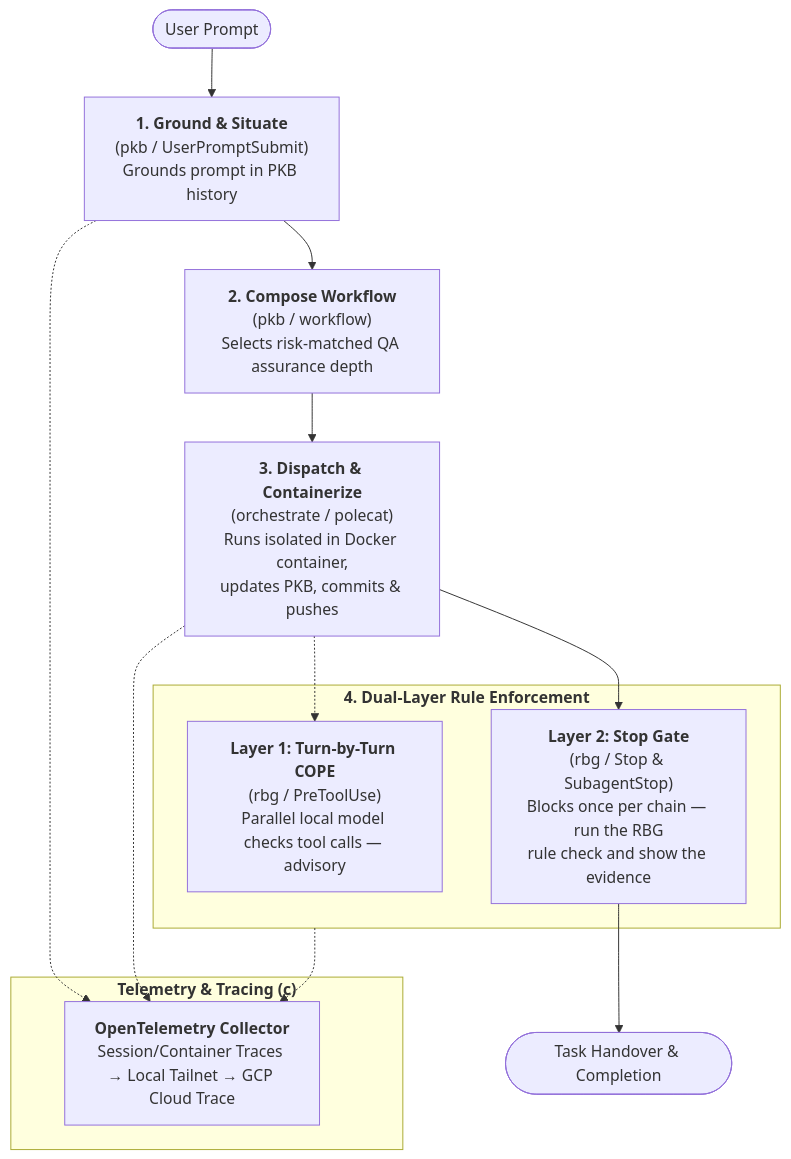
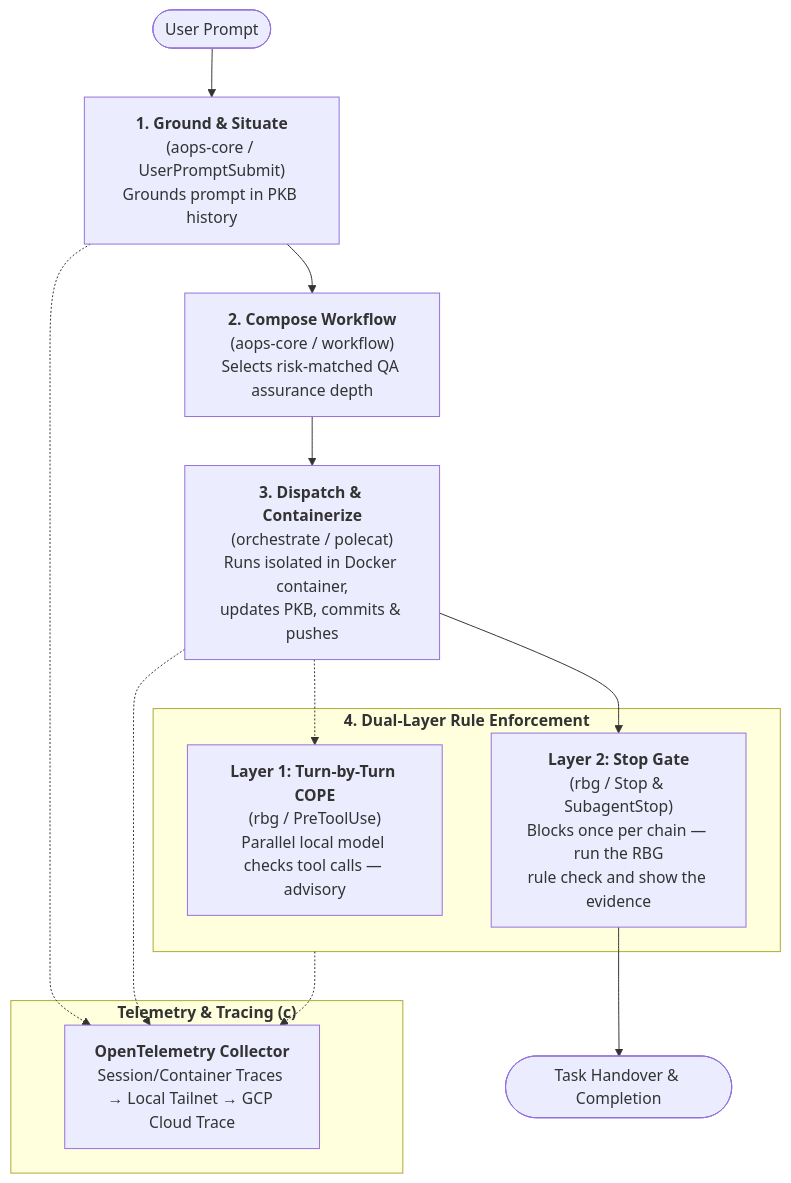
One commit to nicsuzor/academicOps changed the diagram in README.md. Above: the diagram before and after it, drawn with Mermaid. The commit also changed other lines of this file and 84 other files, not shown here.

First line of the commit message:
refactor(packaging): rename pkb plugin back to aops-core (aops_ed8ee345)

````diff
--- a/README.md
+++ b/README.md
@@ -14,23 +14,23 @@
 ```mermaid
 flowchart TD
-    U([User Prompt]) --> P1["<b>1. Ground & Situate</b><br/>(pkb / UserPromptSubmit)<br/>Grounds prompt in PKB history"]
-    P1 --> P2["<b>2. Compose Workflow</b><br/>(pkb / workflow)<br/>Selects risk-matched QA assurance depth"]
+    U([User Prompt]) --> P1["<b>1. Ground & Situate</b><br/>(aops-core / UserPromptSubmit)<br/>Grounds prompt in PKB history"]
+    P1 --> P2["<b>2. Compose Workflow</b><br/>(aops-core / workflow)<br/>Selects risk-matched QA assurance depth"]
     P2 --> P3["<b>3. Dispatch & Containerize</b><br/>(orchestrate / polecat)<br/>Runs isolated in Docker container,<br/>updates PKB, commits & pushes"]
     
     subgraph Enforcement["<b>4. Dual-Layer Rule Enforcement</b>"]
         E1["<b>Layer 1: Turn-by-Turn COPE</b><br/>(rbg / PreToolUse)<br/>Parallel local model checks tool calls — advisory"]
         E2["<b>Layer 2: Stop Gate</b><br/>(rbg / Stop & SubagentStop)<br/>Blocks once per chain — run the RBG<br/>rule check and show the evidence"]
     end
 
     P3 -.-> E1
     P3 --> E2
     E2 --> F([Task Handover & Completion])
 
     subgraph Tracing["<b>Telemetry & Tracing (c)</b>"]
         OTEL["<b>OpenTelemetry Collector</b><br/>Session/Container Traces → Local Tailnet → GCP Cloud Trace"]
     end
 
     P1 -.-> OTEL
     P3 -.-> OTEL
     Enforcement -.-> OTEL
 ```
````
